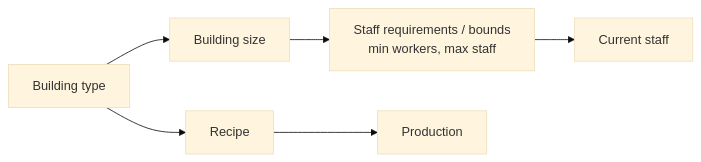
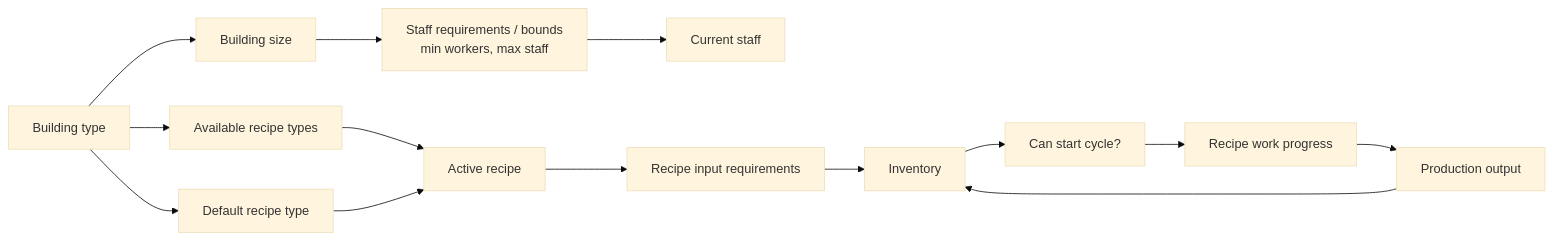
The third of 13 diagrams in docs/VariableRelationshipMap.md (gram12321/protoproduction), drawn with Mermaid (base theme) before and after one commit. The commit also changed other lines of this file and 13 other files, not shown here.

````diff
--- a/docs/VariableRelationshipMap.md
+++ b/docs/VariableRelationshipMap.md
@@ -132,8 +143,16 @@
 ```mermaid
 flowchart LR
   BT["Building type"] --> BS["Building size"]
   BS --> SR["Staff requirements / bounds\nmin workers, max staff"]
   SR --> CS["Current staff"]
-  BT --> RCP["Recipe"]
-  RCP --> PROD["Production"]
+  BT --> AR["Available recipe types"]
+  BT --> DR["Default recipe type"]
+  AR --> RCP["Active recipe"]
+  DR --> RCP
+  RCP --> RI["Recipe input requirements"]
+  RI --> INV["Inventory"]
+  INV --> STARTCHK["Can start cycle?"]
+  STARTCHK --> PROG["Recipe work progress"]
+  PROG --> PROD["Production output"]
+  PROD --> INV
 ```
````
